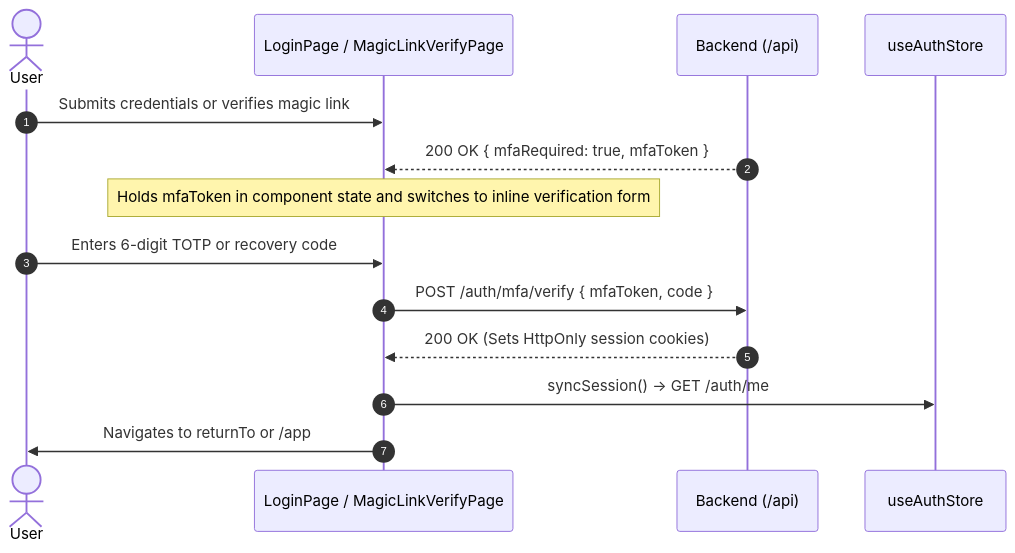
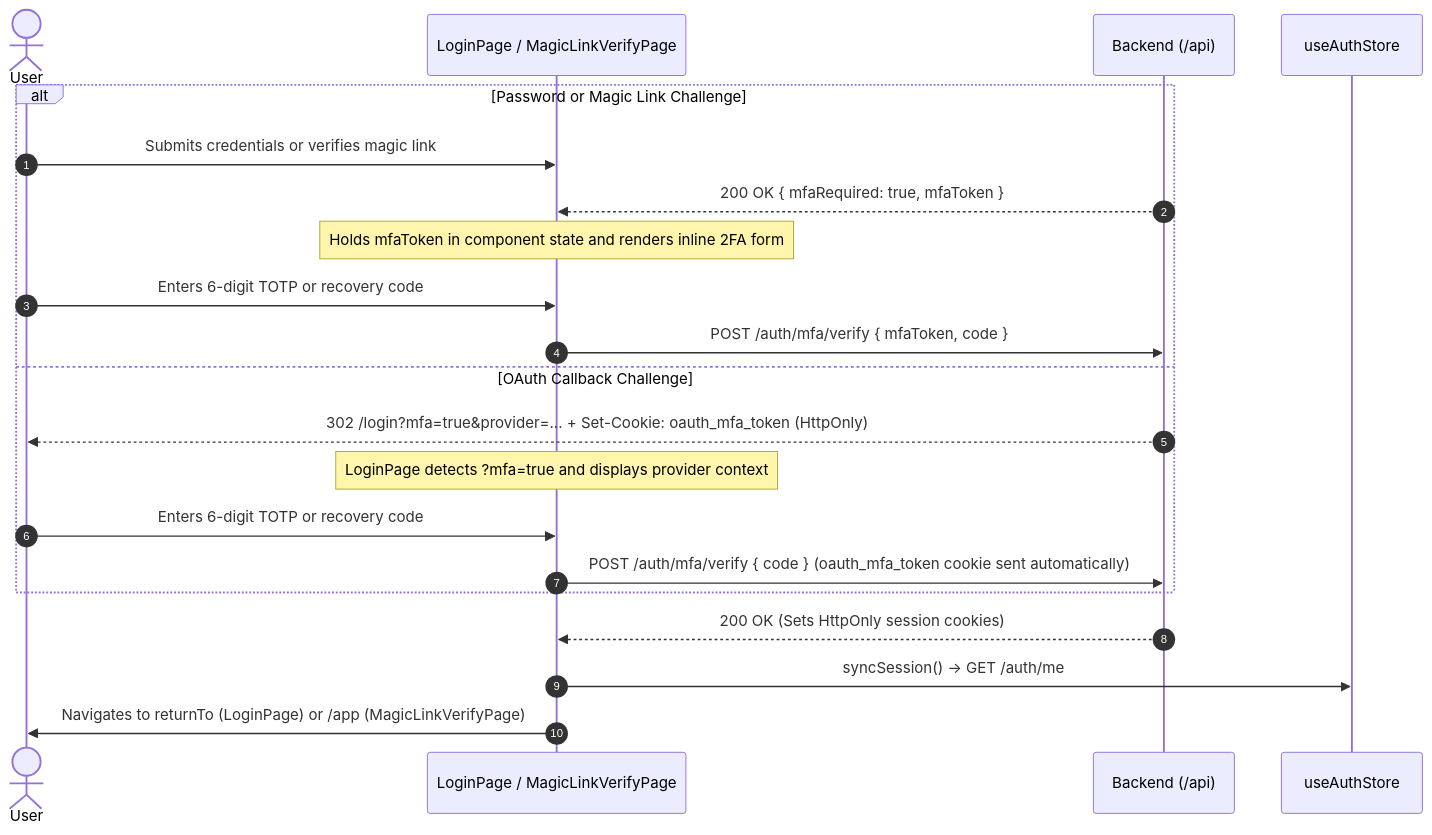
One commit to utkarshj014/authsphere changed the sixth of 9 diagrams in docs/FRONTEND_ARCHITECTURE.md. Above: the diagram before and after it, drawn with Mermaid. The commit also changed other lines of this file and 12 other files, not shown here.

````diff
--- a/docs/FRONTEND_ARCHITECTURE.md
+++ b/docs/FRONTEND_ARCHITECTURE.md
@@ -307,18 +308,25 @@
 ```mermaid
 sequenceDiagram
     autonumber
     actor User
     participant Page as LoginPage / MagicLinkVerifyPage
     participant API as Backend (/api)
     participant Store as useAuthStore
 
-    User->>Page: Submits credentials or verifies magic link
-    API-->>Page: 200 OK { mfaRequired: true, mfaToken }
-    Note over Page: Holds mfaToken in component state and switches to inline verification form
+    alt Password or Magic Link Challenge
+        User->>Page: Submits credentials or verifies magic link
+        API-->>Page: 200 OK { mfaRequired: true, mfaToken }
+        Note over Page: Holds mfaToken in component state and renders inline 2FA form
+        User->>Page: Enters 6-digit TOTP or recovery code
+        Page->>API: POST /auth/mfa/verify { mfaToken, code }
+    else OAuth Callback Challenge
+        API-->>User: 302 /login?mfa=true&provider=... + Set-Cookie: oauth_mfa_token (HttpOnly)
+        Note over Page: LoginPage detects ?mfa=true and displays provider context
+        User->>Page: Enters 6-digit TOTP or recovery code
+        Page->>API: POST /auth/mfa/verify { code } (oauth_mfa_token cookie sent automatically)
+    end
 
-    User->>Page: Enters 6-digit TOTP or recovery code
-    Page->>API: POST /auth/mfa/verify { mfaToken, code }
     API-->>Page: 200 OK (Sets HttpOnly session cookies)
     Page->>Store: syncSession() -> GET /auth/me
-    Page->>User: Navigates to returnTo or /app
+    Page->>User: Navigates to returnTo (LoginPage) or /app (MagicLinkVerifyPage)
 ```
````
